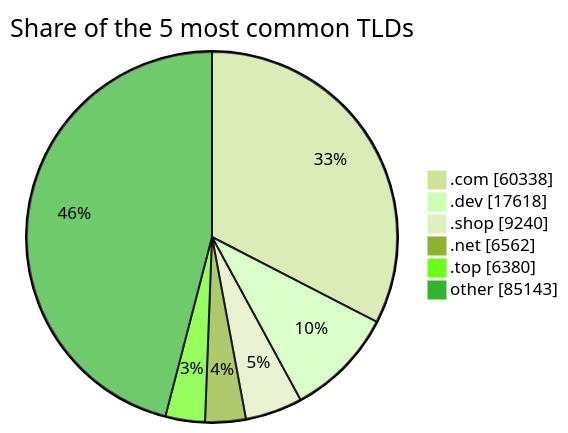
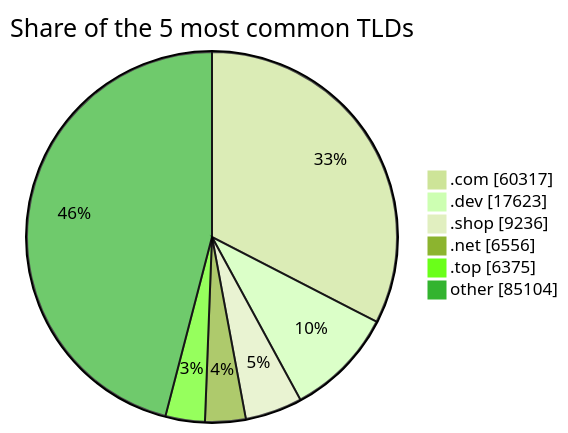
Before and after one commit to DNSBunker/CTI: the third of 3 diagrams in README.md, drawn with Mermaid (forest theme). The commit also changed other lines of this file and 3 other files, not shown here.

````diff
--- a/README.md
+++ b/README.md
@@ -81,9 +81,9 @@
 ```mermaid
 pie showData title Share of the 5 most common TLDs
-    ".com" : 60338
-    ".dev" : 17618
-    ".shop" : 9240
-    ".net" : 6562
-    ".top" : 6380
-    "other" : 85143
+    ".com" : 60317
+    ".dev" : 17623
+    ".shop" : 9236
+    ".net" : 6556
+    ".top" : 6375
+    "other" : 85104
 ```
````
